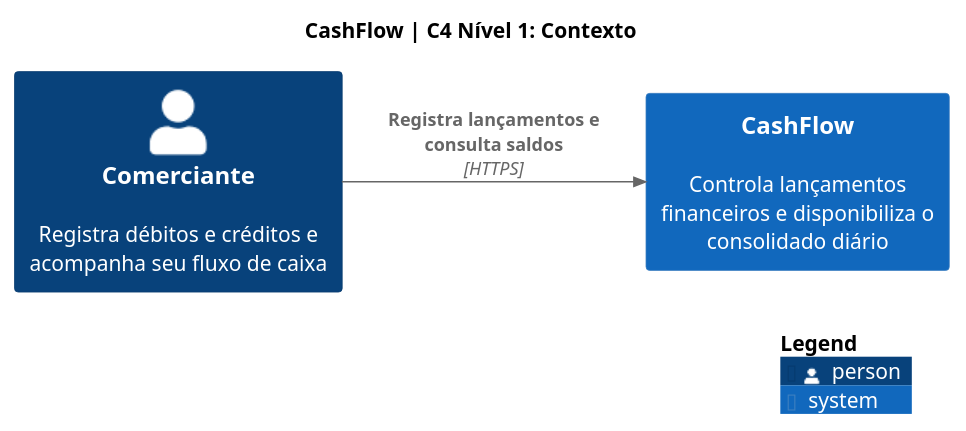
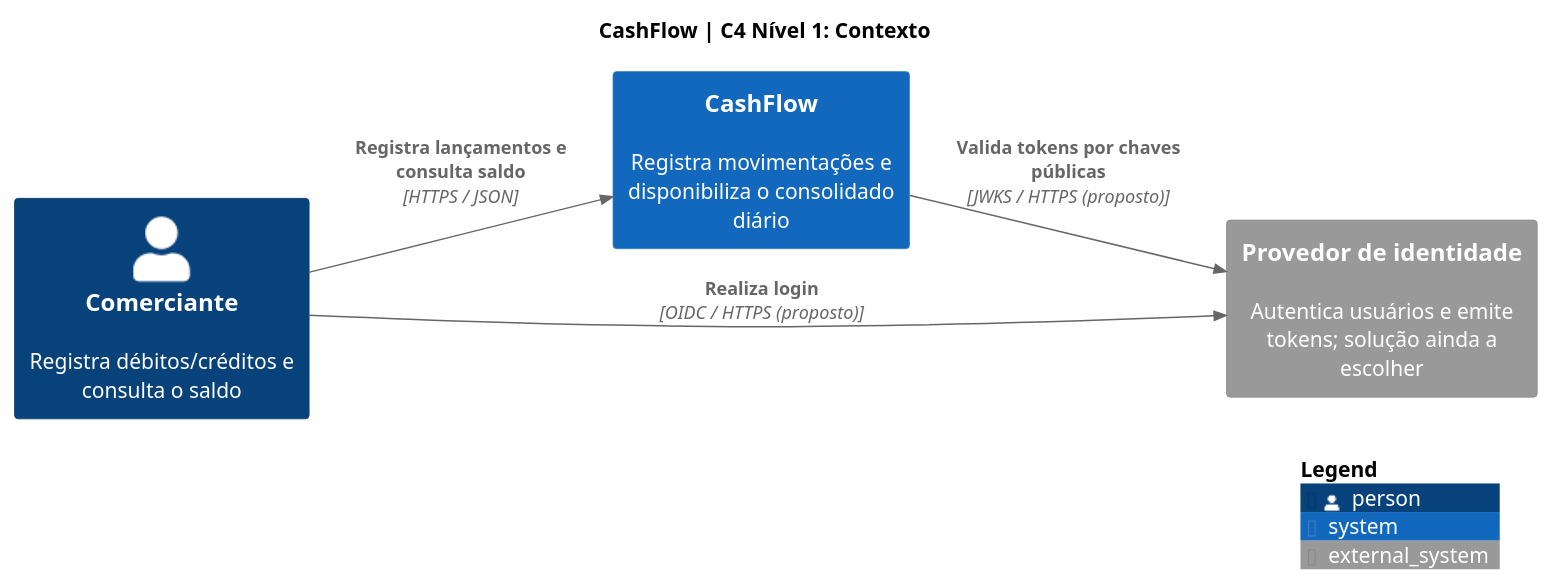
Before and after one commit to wolwerr/CashFlow-Architecture: the diagram in docs/architecture/c4-context.puml, drawn with PlantUML.

Commit message:
docs(architecture): embed outbox worker and proposed protocols/security/telemetry (#6)

```diff
--- a/docs/architecture/c4-context.puml
+++ b/docs/architecture/c4-context.puml
@@ -1,9 +1,12 @@
 @startuml CashFlow_Context
 !include <C4/C4_Context>
 title CashFlow | C4 Nível 1: Contexto
 LAYOUT_LEFT_RIGHT()
-Person(comerciante, "Comerciante", "Registra débitos e créditos e acompanha seu fluxo de caixa")
-System(cashflow, "CashFlow", "Controla lançamentos financeiros e disponibiliza o consolidado diário")
-Rel(comerciante, cashflow, "Registra lançamentos e consulta saldos", "HTTPS")
+Person(comerciante, "Comerciante", "Registra débitos/créditos e consulta o saldo")
+System(cashflow, "CashFlow", "Registra movimentações e disponibiliza o consolidado diário")
+System_Ext(identidade, "Provedor de identidade", "Autentica usuários e emite tokens; solução ainda a escolher")
+Rel(comerciante, cashflow, "Registra lançamentos e consulta saldo", "HTTPS / JSON")
+Rel(comerciante, identidade, "Realiza login", "OIDC / HTTPS (proposto)")
+Rel(cashflow, identidade, "Valida tokens por chaves públicas", "JWKS / HTTPS (proposto)")
 SHOW_LEGEND()
 @enduml
```
